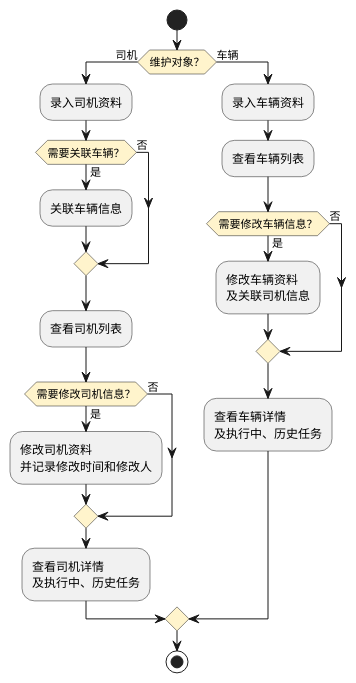
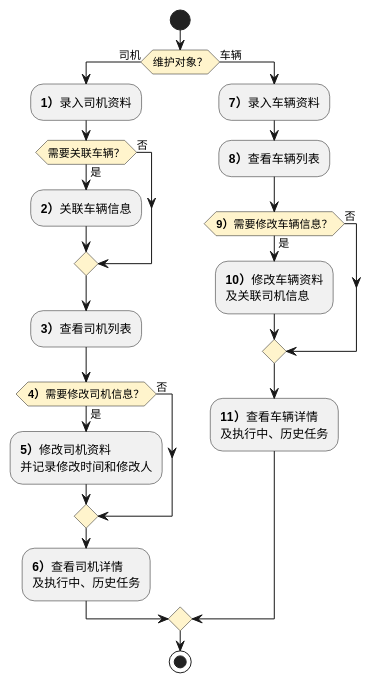
Before and after one commit to jack888332/projects-doc: the first of 2 diagrams in product-caliber/goldjet/segmented-prd/PRD.高捷物流系统一期.第017篇.航晟车队管理.03280CBA2C.md, drawn with PlantUML. The commit also changed other lines of this file and 24 other files, not shown here.

````diff
--- a/product-caliber/goldjet/segmented-prd/PRD.高捷物流系统一期.第017篇.航晟车队管理.03280CBA2C.md
+++ b/product-caliber/goldjet/segmented-prd/PRD.高捷物流系统一期.第017篇.航晟车队管理.03280CBA2C.md
@@ -44,28 +44,28 @@
 ```plantuml
 @startuml goldjet-017-driver-vehicle-maintenance
 skinparam activityDiamondBackgroundColor #FFF4CC
 start
 if (维护对象？) then (司机)
-  :录入司机资料;
+  :**1）**录入司机资料;
   if (需要关联车辆？) then (是)
-    :关联车辆信息;
+    :**2）**关联车辆信息;
   else (否)
   endif
-  :查看司机列表;
-  if (需要修改司机信息？) then (是)
-    :修改司机资料\n并记录修改时间和修改人;
+  :**3）**查看司机列表;
+  if (**4）**需要修改司机信息？) then (是)
+    :**5）**修改司机资料\n并记录修改时间和修改人;
   else (否)
   endif
-  :查看司机详情\n及执行中、历史任务;
+  :**6）**查看司机详情\n及执行中、历史任务;
 else (车辆)
-  :录入车辆资料;
-  :查看车辆列表;
-  if (需要修改车辆信息？) then (是)
-    :修改车辆资料\n及关联司机信息;
+  :**7）**录入车辆资料;
+  :**8）**查看车辆列表;
+  if (**9）**需要修改车辆信息？) then (是)
+    :**10）**修改车辆资料\n及关联司机信息;
   else (否)
   endif
-  :查看车辆详情\n及执行中、历史任务;
+  :**11）**查看车辆详情\n及执行中、历史任务;
 endif
 stop
 @enduml
 ```
````
